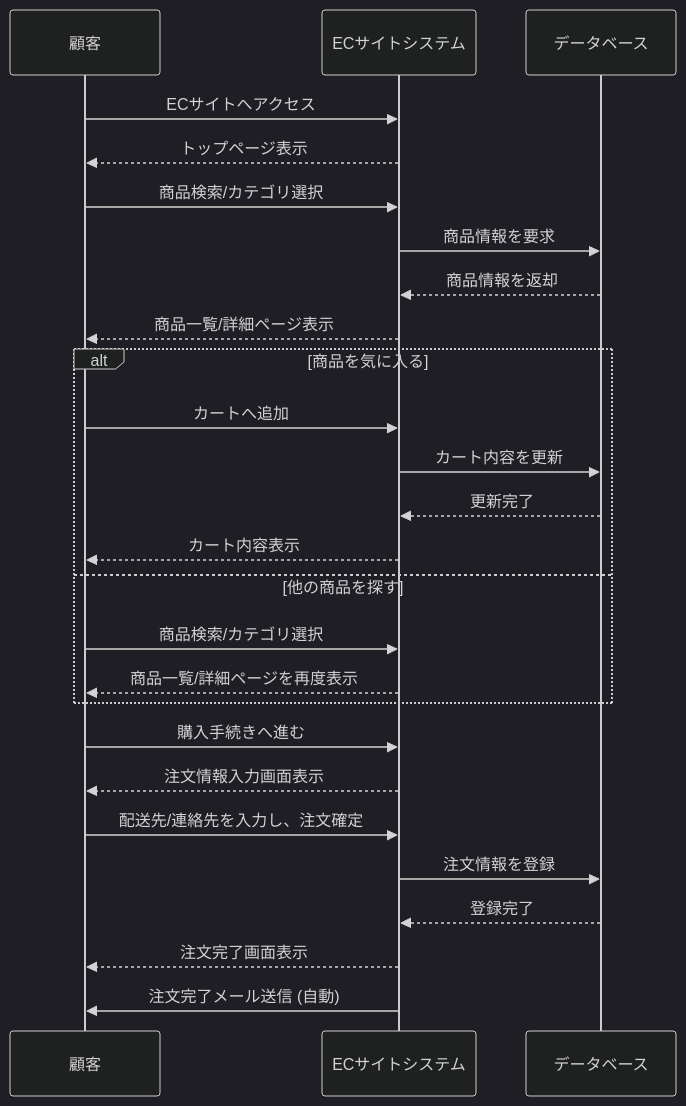
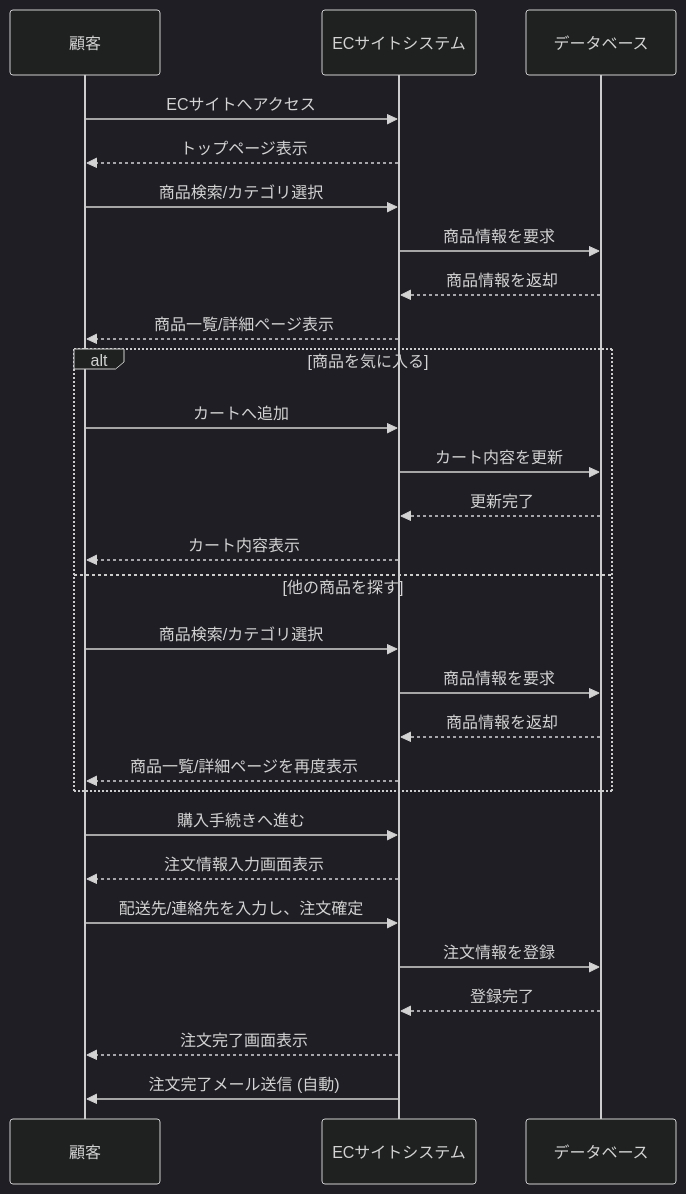
One commit to natsumiumeda/Jobs changed the second of 2 diagrams in 要件定義/図.md. Above: the diagram before and after it, drawn with Mermaid (dark theme).

Commit message:
また追加

```diff
--- a/要件定義/図.md
+++ b/要件定義/図.md
@@ -15,33 +15,35 @@
 <div class="mermaid">
  sequenceDiagram
     participant 顧客
     participant ECサイトシステム
     participant データベース
 
     顧客->>ECサイトシステム: ECサイトへアクセス
     ECサイトシステム-->>顧客: トップページ表示
 
     顧客->>ECサイトシステム: 商品検索/カテゴリ選択
     ECサイトシステム->>データベース: 商品情報を要求
     データベース-->>ECサイトシステム: 商品情報を返却
     ECサイトシステム-->>顧客: 商品一覧/詳細ページ表示
 
     alt 商品を気に入る
         顧客->>ECサイトシステム: カートへ追加
         ECサイトシステム->>データベース: カート内容を更新
         データベース-->>ECサイトシステム: 更新完了
         ECサイトシステム-->>顧客: カート内容表示
     else 他の商品を探す
         顧客->>ECサイトシステム: 商品検索/カテゴリ選択
+        ECサイトシステム->>データベース: 商品情報を要求
+        データベース-->>ECサイトシステム: 商品情報を返却
         ECサイトシステム-->>顧客: 商品一覧/詳細ページを再度表示
     end
 
     顧客->>ECサイトシステム: 購入手続きへ進む
     ECサイトシステム-->>顧客: 注文情報入力画面表示
 
     顧客->>ECサイトシステム: 配送先/連絡先を入力し、注文確定
     ECサイトシステム->>データベース: 注文情報を登録
     データベース-->>ECサイトシステム: 登録完了
     ECサイトシステム-->>顧客: 注文完了画面表示
     ECサイトシステム->>顧客: 注文完了メール送信 (自動)
 </div>
```
